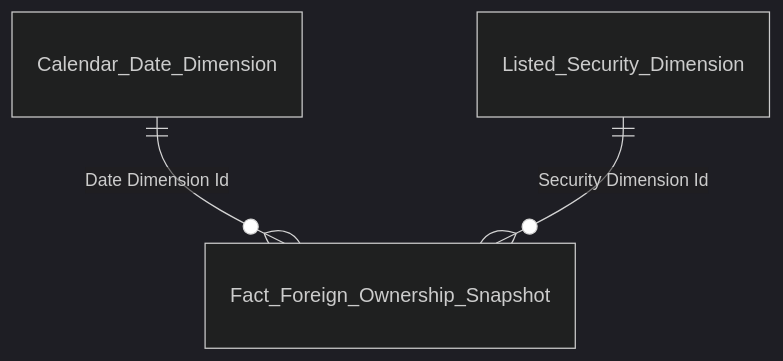
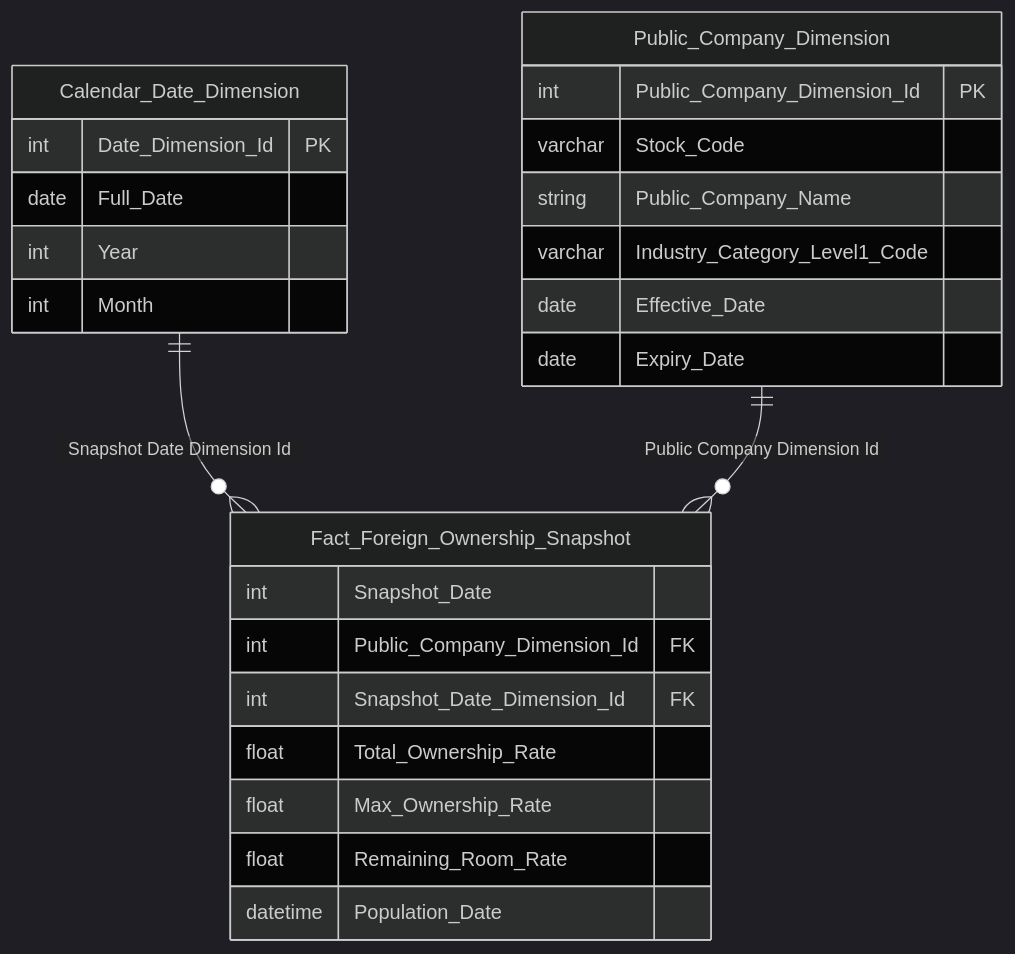
One commit to linhlvit/ubck_atomic_design changed diagram 20 of 28 in Gold/hld/GOLD_NDTNN_HLD.md. Above: the diagram before and after it, drawn with Mermaid (dark theme). The commit also changed other lines of this file and 12 other files, not shown here.

````diff
--- a/Gold/hld/GOLD_NDTNN_HLD.md
+++ b/Gold/hld/GOLD_NDTNN_HLD.md
@@ -562,5 +987,29 @@
 ```mermaid
 erDiagram
-    Calendar_Date_Dimension ||--o{ Fact_Foreign_Ownership_Snapshot : "Date Dimension Id"
-    Listed_Security_Dimension ||--o{ Fact_Foreign_Ownership_Snapshot : "Security Dimension Id"
+    Calendar_Date_Dimension {
+        int Date_Dimension_Id PK
+        date Full_Date
+        int Year
+        int Month
+    }
+    Public_Company_Dimension {
+        int Public_Company_Dimension_Id PK
+        varchar Stock_Code
+        string Public_Company_Name
+        varchar Industry_Category_Level1_Code
+        date Effective_Date
+        date Expiry_Date
+    }
+    Fact_Foreign_Ownership_Snapshot {
+        int Snapshot_Date
+        int Public_Company_Dimension_Id FK
+        int Snapshot_Date_Dimension_Id FK
+        float Total_Ownership_Rate
+        float Max_Ownership_Rate
+        float Remaining_Room_Rate
+        datetime Population_Date
+    }
+
+    Calendar_Date_Dimension ||--o{ Fact_Foreign_Ownership_Snapshot : "Snapshot Date Dimension Id"
+    Public_Company_Dimension ||--o{ Fact_Foreign_Ownership_Snapshot : "Public Company Dimension Id"
 ```
````
